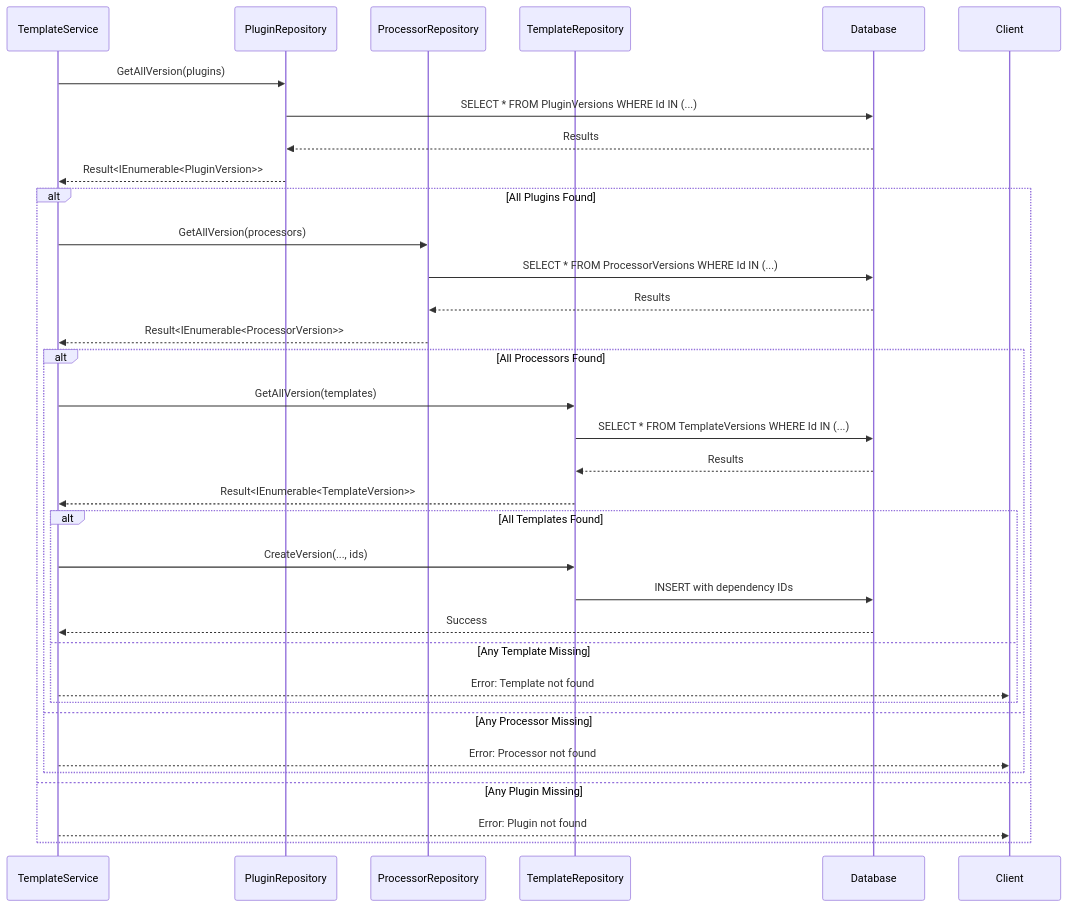
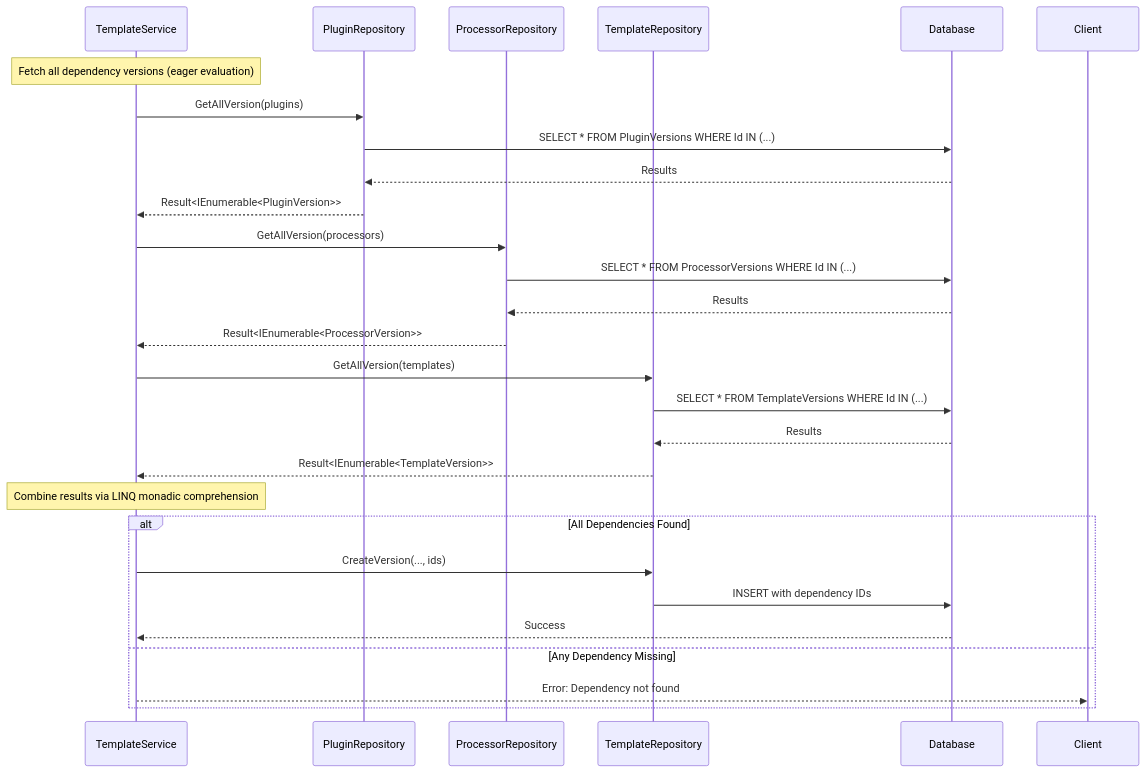
Before and after one commit to AtomiCloud/sulfone.zinc: the diagram in docs/developer/algorithms/01-dependency-resolution.md, drawn with Mermaid. The commit also changed other lines of this file and 15 other files, not shown here.

````diff
--- a/docs/developer/algorithms/01-dependency-resolution.md
+++ b/docs/developer/algorithms/01-dependency-resolution.md
@@ -33,39 +33,35 @@
 ```mermaid
 sequenceDiagram
     participant Service as TemplateService
     participant PluginRepo as PluginRepository
     participant ProcessorRepo as ProcessorRepository
     participant TemplateRepo as TemplateRepository
     participant DB as Database
 
+    Note over Service: Fetch all dependency versions (eager evaluation)
+
     Service->>PluginRepo: GetAllVersion(plugins)
     PluginRepo->>DB: SELECT * FROM PluginVersions WHERE Id IN (...)
     DB-->>PluginRepo: Results
     PluginRepo-->>Service: Result<IEnumerable<PluginVersion>>
 
-    alt All Plugins Found
-        Service->>ProcessorRepo: GetAllVersion(processors)
-        ProcessorRepo->>DB: SELECT * FROM ProcessorVersions WHERE Id IN (...)
-        DB-->>ProcessorRepo: Results
-        ProcessorRepo-->>Service: Result<IEnumerable<ProcessorVersion>>
+    Service->>ProcessorRepo: GetAllVersion(processors)
+    ProcessorRepo->>DB: SELECT * FROM ProcessorVersions WHERE Id IN (...)
+    DB-->>ProcessorRepo: Results
+    ProcessorRepo-->>Service: Result<IEnumerable<ProcessorVersion>>
 
-        alt All Processors Found
-            Service->>TemplateRepo: GetAllVersion(templates)
-            TemplateRepo->>DB: SELECT * FROM TemplateVersions WHERE Id IN (...)
-            DB-->>TemplateRepo: Results
-            TemplateRepo-->>Service: Result<IEnumerable<TemplateVersion>>
+    Service->>TemplateRepo: GetAllVersion(templates)
+    TemplateRepo->>DB: SELECT * FROM TemplateVersions WHERE Id IN (...)
+    DB-->>TemplateRepo: Results
+    TemplateRepo-->>Service: Result<IEnumerable<TemplateVersion>>
 
-            alt All Templates Found
-                Service->>TemplateRepo: CreateVersion(..., ids)
-                TemplateRepo->>DB: INSERT with dependency IDs
-                DB-->>Service: Success
-            else Any Template Missing
-                Service-->>Client: Error: Template not found
-            end
-        else Any Processor Missing
-            Service-->>Client: Error: Processor not found
-        end
-    else Any Plugin Missing
-        Service-->>Client: Error: Plugin not found
+    Note over Service: Combine results via LINQ monadic comprehension
+
+    alt All Dependencies Found
+        Service->>TemplateRepo: CreateVersion(..., ids)
+        TemplateRepo->>DB: INSERT with dependency IDs
+        DB-->>Service: Success
+    else Any Dependency Missing
+        Service-->>Client: Error: Dependency not found
     end
 ```
````
